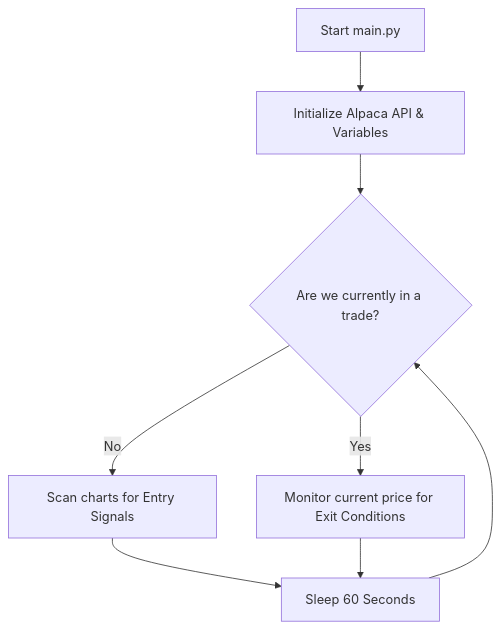
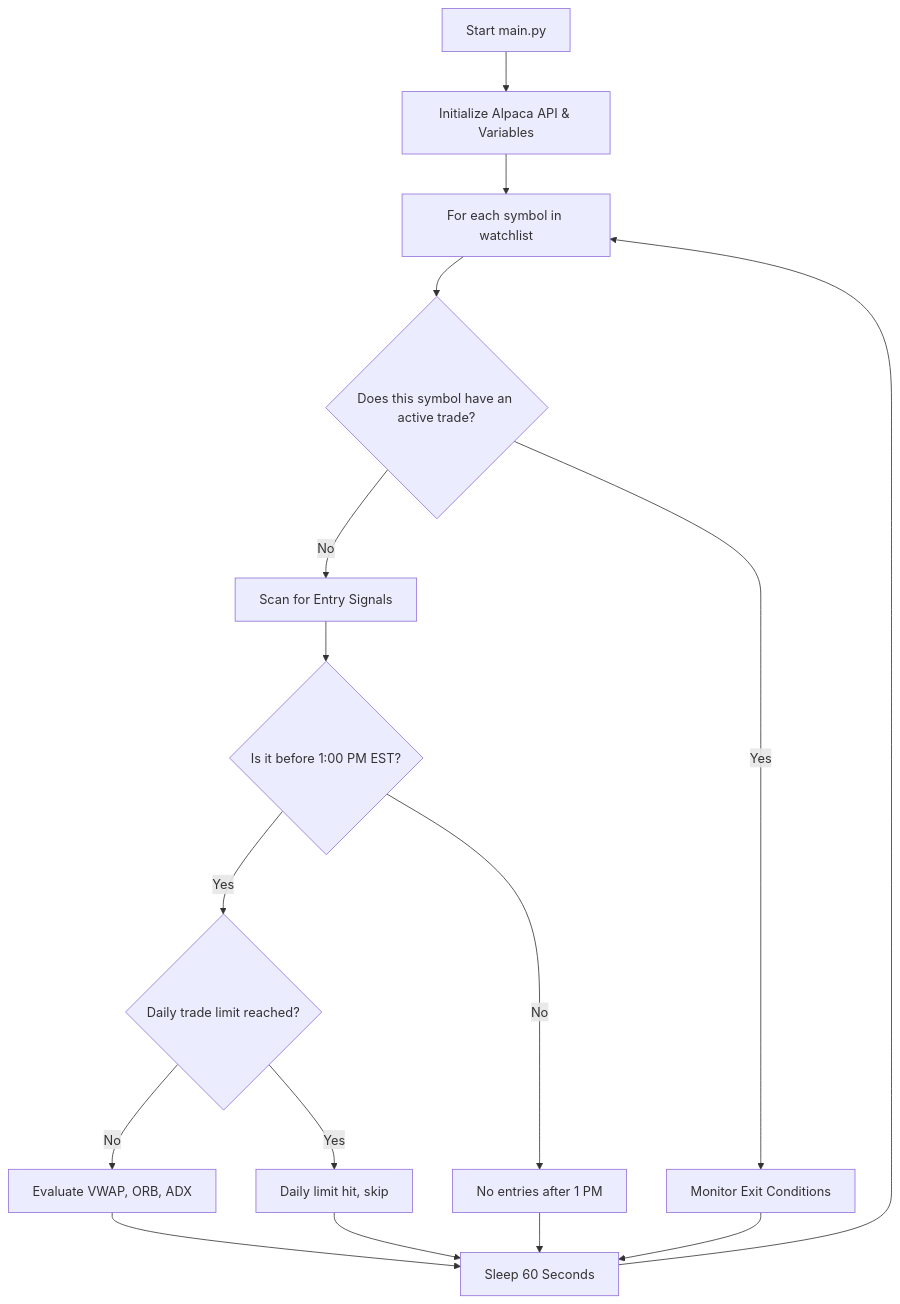
The first of 3 diagrams in docs/HOW_IT_WORKS.md (rakeshnemani/0dte), drawn with Mermaid before and after one commit. The commit also changed other lines of this file and 3 other files, not shown here.

````diff
--- a/docs/HOW_IT_WORKS.md
+++ b/docs/HOW_IT_WORKS.md
@@ -15,10 +19,18 @@
 ```mermaid
 graph TD
     Start[Start main.py] --> Init[Initialize Alpaca API & Variables]
-    Init --> Loop{Are we currently in a trade?}
-    Loop -- No --> Scan[Scan charts for Entry Signals]
-    Scan --> Sleep[Sleep 60 Seconds]
+    Init --> Loop[For each symbol in watchlist]
+    Loop --> HasTrade{Does this symbol have an active trade?}
+    HasTrade -- No --> Scan[Scan for Entry Signals]
+    Scan --> TimeCheck{Is it before 1:00 PM EST?}
+    TimeCheck -- Yes --> DailyCheck{Daily trade limit reached?}
+    TimeCheck -- No --> NoEntry[No entries after 1 PM]
+    DailyCheck -- No --> EvalSignals[Evaluate VWAP, ORB, ADX]
+    DailyCheck -- Yes --> LimitReached[Daily limit hit, skip]
+    EvalSignals --> Sleep[Sleep 60 Seconds]
+    NoEntry --> Sleep
+    LimitReached --> Sleep
+    HasTrade -- Yes --> Monitor[Monitor Exit Conditions]
+    Monitor --> Sleep
     Sleep --> Loop
-    Loop -- Yes --> Monitor[Monitor current price for Exit Conditions]
-    Monitor --> Sleep
 ```
````
